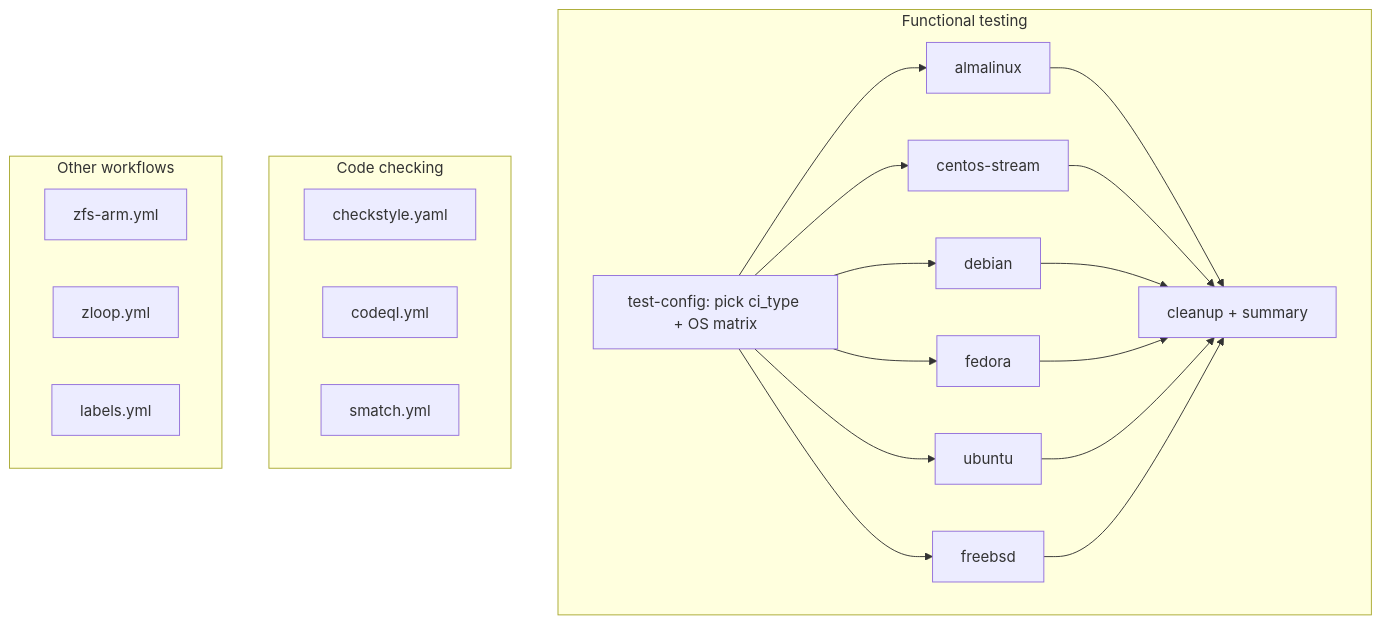
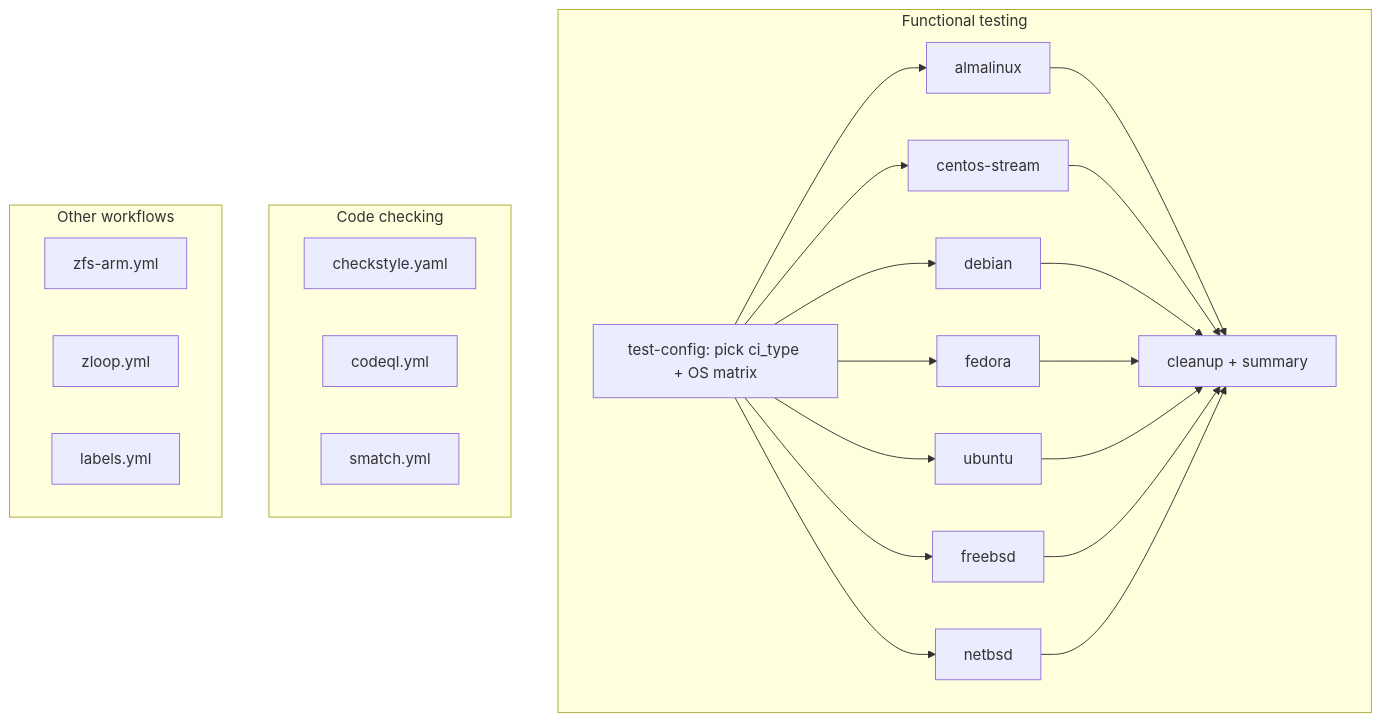
Before and after one commit to openzfs/zfs: the diagram in .github/workflows/README.md, drawn with Mermaid. The commit also changed other lines of this file and 620 other files, not shown here.

````diff
--- a/.github/workflows/README.md
+++ b/.github/workflows/README.md
@@ -7,30 +7,32 @@
 ```mermaid
 flowchart TB
 subgraph Functional testing
   Setup[test-config: pick ci_type + OS matrix]
   Setup --> almalinux
   Setup --> centos[centos-stream]
   Setup --> debian
   Setup --> fedora
   Setup --> ubuntu
   Setup --> freebsd
+  Setup --> netbsd
   almalinux --> Cleanup[cleanup + summary]
   centos --> Cleanup
   debian --> Cleanup
   fedora --> Cleanup
   ubuntu --> Cleanup
   freebsd --> Cleanup
+  netbsd --> Cleanup
 end
 
 subgraph Code checking
   checkstyle.yaml
   codeql.yml
   smatch.yml
 end
 
 subgraph Other workflows
   zfs-arm.yml
   zloop.yml
   labels.yml
 end
 ```
````
